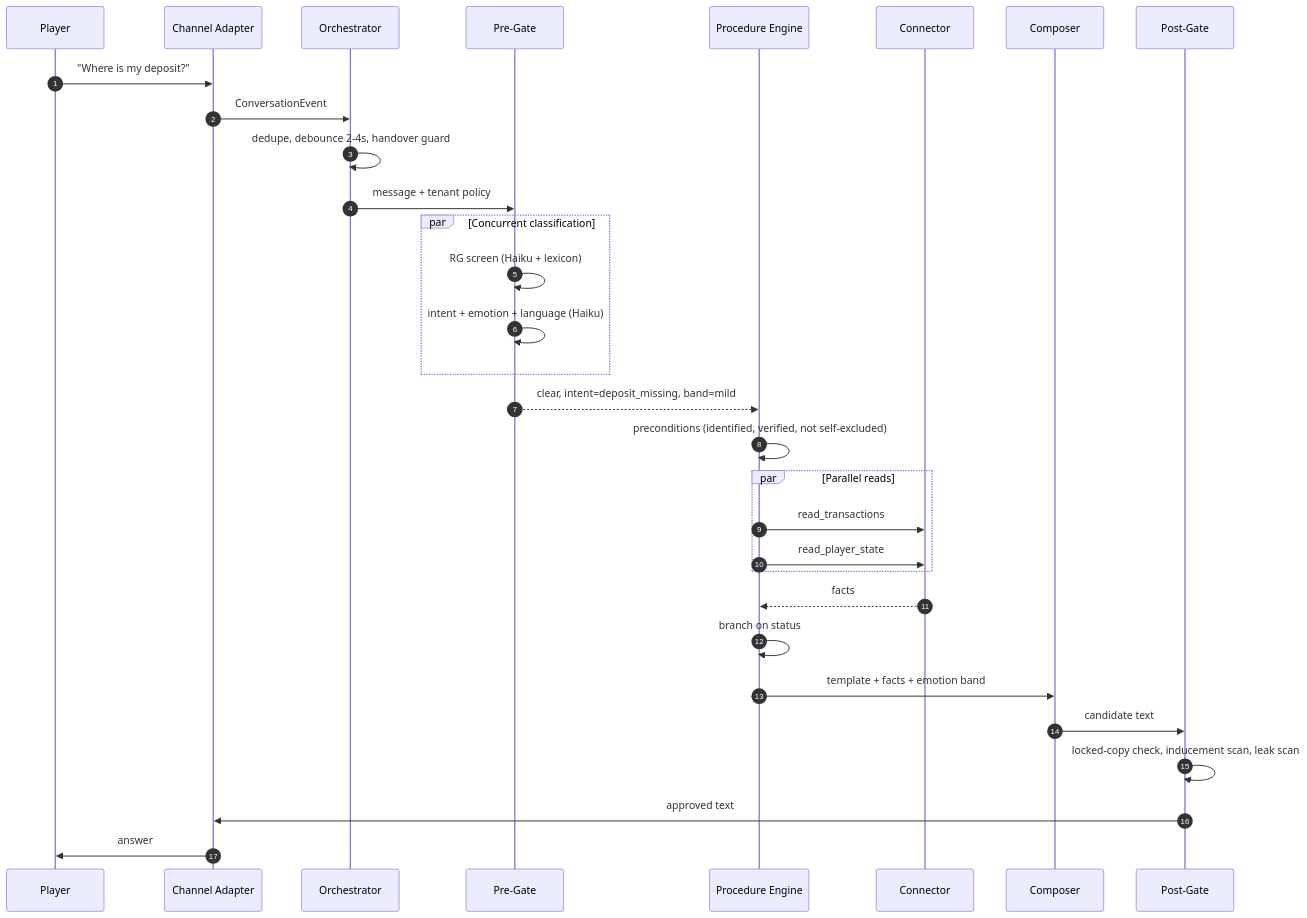
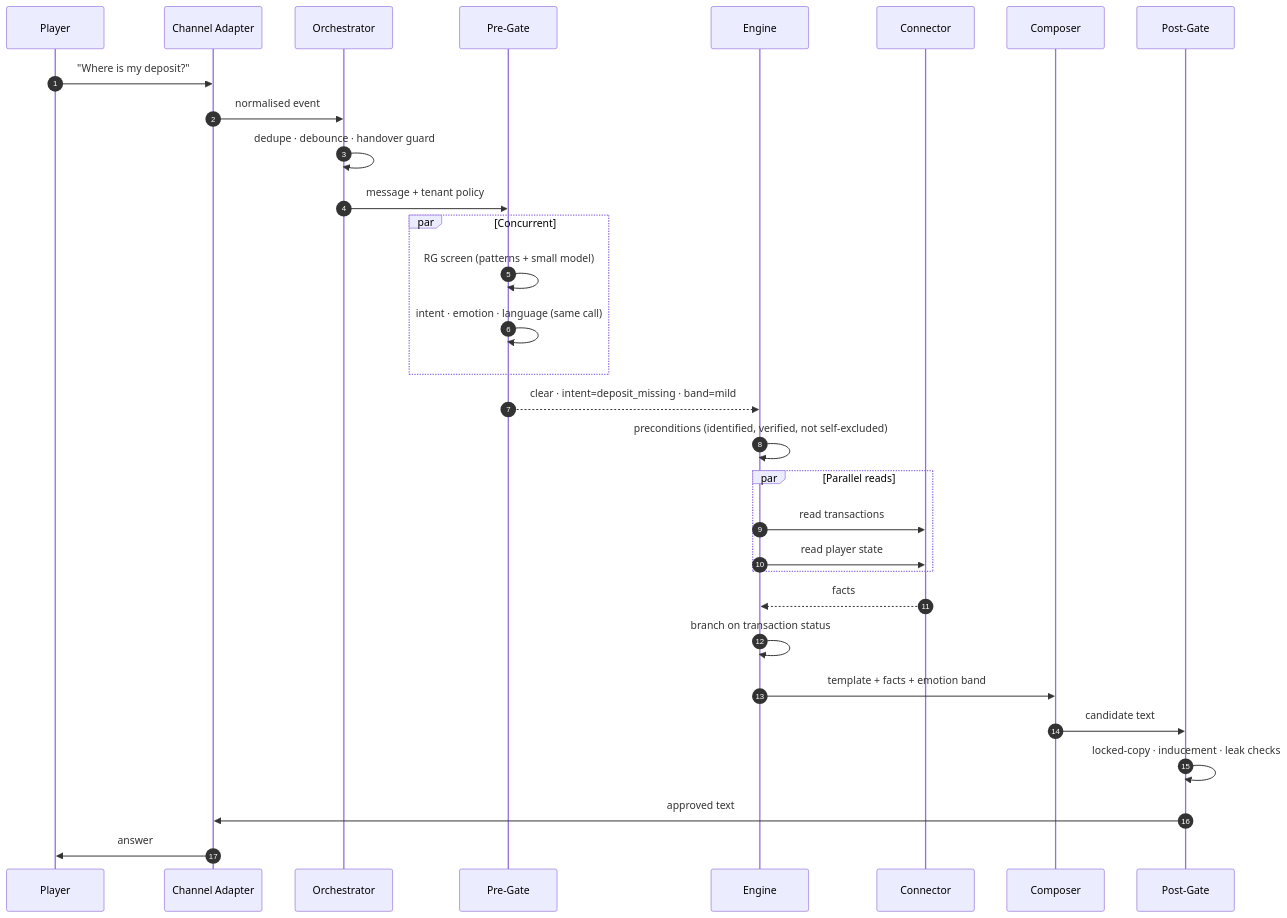
The third of 13 diagrams in Design.md (sdannuri/iGamingAgent), drawn with Mermaid before and after one commit. The commit also changed other lines of this file, not shown here.

````diff
--- a/Design.md
+++ b/Design.md
@@ -136,38 +248,38 @@
 ```mermaid
 sequenceDiagram
     autonumber
     participant P as Player
     participant CA as Channel Adapter
     participant OR as Orchestrator
     participant PG as Pre-Gate
-    participant EN as Procedure Engine
+    participant EN as Engine
     participant CN as Connector
     participant CO as Composer
     participant PO as Post-Gate
 
     P->>CA: "Where is my deposit?"
-    CA->>OR: ConversationEvent
-    OR->>OR: dedupe, debounce 2-4s, handover guard
+    CA->>OR: normalised event
+    OR->>OR: dedupe · debounce · handover guard
     OR->>PG: message + tenant policy
 
-    par Concurrent classification
-        PG->>PG: RG screen (Haiku + lexicon)
-        PG->>PG: intent + emotion + language (Haiku)
+    par Concurrent
+        PG->>PG: RG screen (patterns + small model)
+        PG->>PG: intent · emotion · language (same call)
     end
 
-    PG-->>EN: clear, intent=deposit_missing, band=mild
+    PG-->>EN: clear · intent=deposit_missing · band=mild
     EN->>EN: preconditions (identified, verified, not self-excluded)
 
     par Parallel reads
-        EN->>CN: read_transactions
-        EN->>CN: read_player_state
+        EN->>CN: read transactions
+        EN->>CN: read player state
     end
 
     CN-->>EN: facts
-    EN->>EN: branch on status
+    EN->>EN: branch on transaction status
     EN->>CO: template + facts + emotion band
     CO->>PO: candidate text
-    PO->>PO: locked-copy check, inducement scan, leak scan
+    PO->>PO: locked-copy · inducement · leak checks
     PO->>CA: approved text
     CA->>P: answer
 ```
````
